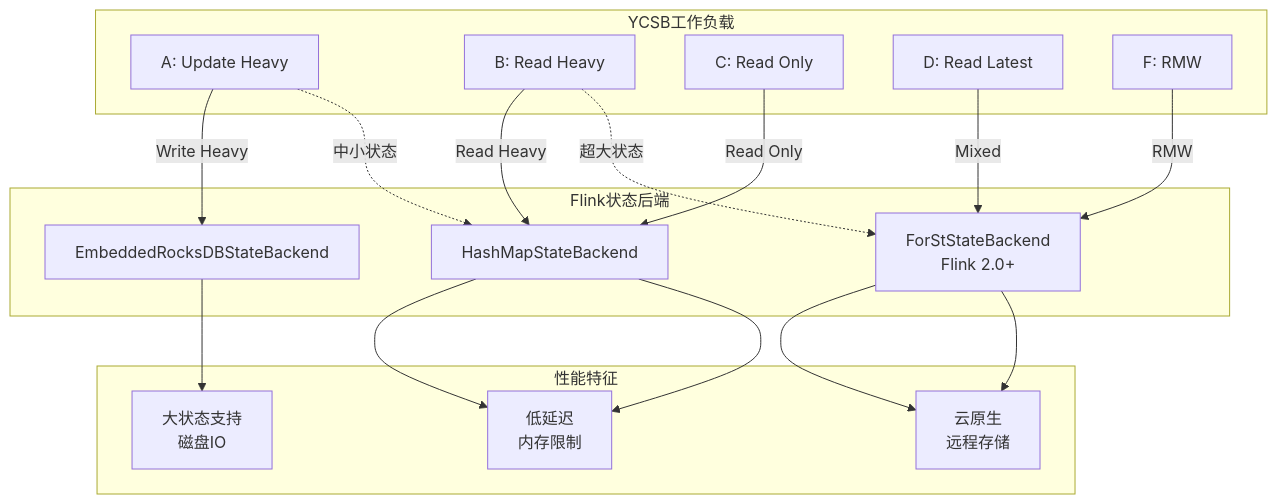
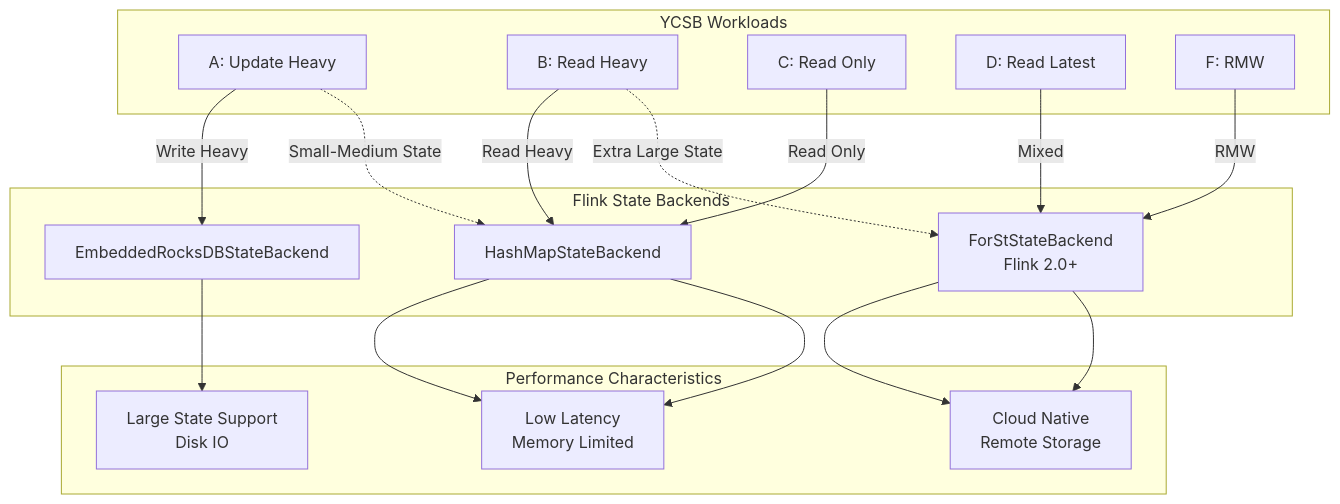
One commit to AdaMartin18010/AnalysisDataFlow changed the first of 3 diagrams in i18n/en/Flink/flink-ycsb-benchmark-guide.md. Above: the diagram before and after it, drawn with Mermaid. The commit also changed other lines of this file and 96 other files, not shown here.

````diff
--- a/i18n/en/Flink/flink-ycsb-benchmark-guide.md
+++ b/i18n/en/Flink/flink-ycsb-benchmark-guide.md
@@ -90,31 +156,31 @@
 ```mermaid
 graph TB
-    subgraph YCSB工作负载
+    subgraph YCSB Workloads
         W1[A: Update Heavy]
         W2[B: Read Heavy]
         W3[C: Read Only]
         W4[D: Read Latest]
         W5[F: RMW]
     end
 
-    subgraph Flink状态后端
+    subgraph Flink State Backends
         S1[HashMapStateBackend]
         S2[EmbeddedRocksDBStateBackend]
         S3[ForStStateBackend<br/>Flink 2.0+]
     end
 
-    subgraph 性能特征
-        P1[低延迟<br/>内存限制]
-        P2[大状态支持<br/>磁盘IO]
-        P3[云原生<br/>远程存储]
+    subgraph Performance Characteristics
+        P1[Low Latency<br/>Memory Limited]
+        P2[Large State Support<br/>Disk IO]
+        P3[Cloud Native<br/>Remote Storage]
     end
 
     W1 -->|Write Heavy| S2 --> P2
     W2 -->|Read Heavy| S1 --> P1
     W3 -->|Read Only| S1 --> P1
     W4 -->|Mixed| S3 --> P3
     W5 -->|RMW| S3 --> P3
 
-    W1 -.->|中小状态| S1
-    W2 -.->|超大状态| S3
+    W1 -.->|Small-Medium State| S1
+    W2 -.->|Extra Large State| S3
 ```
````
